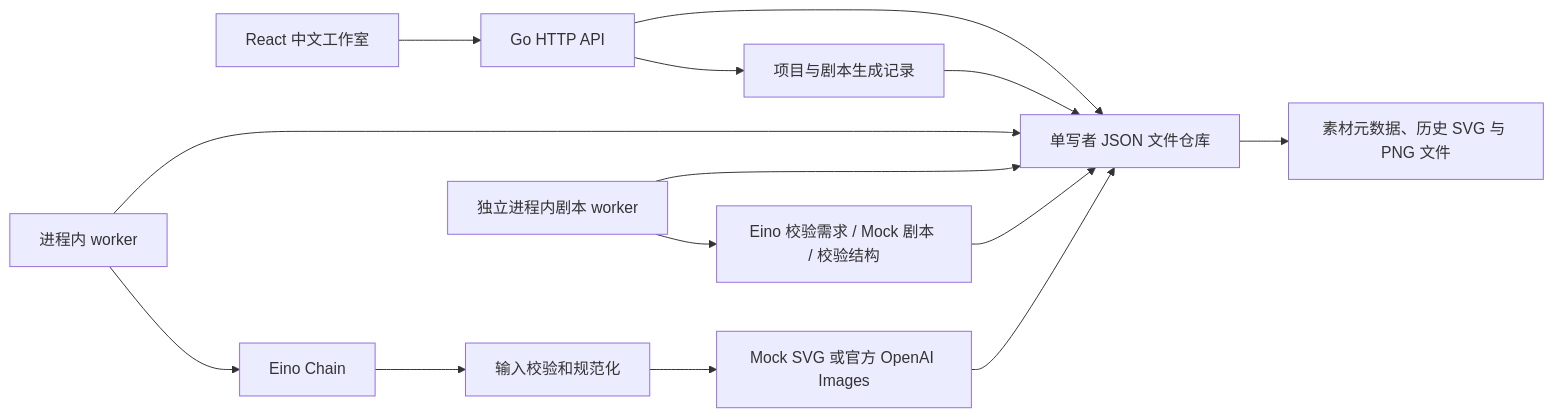
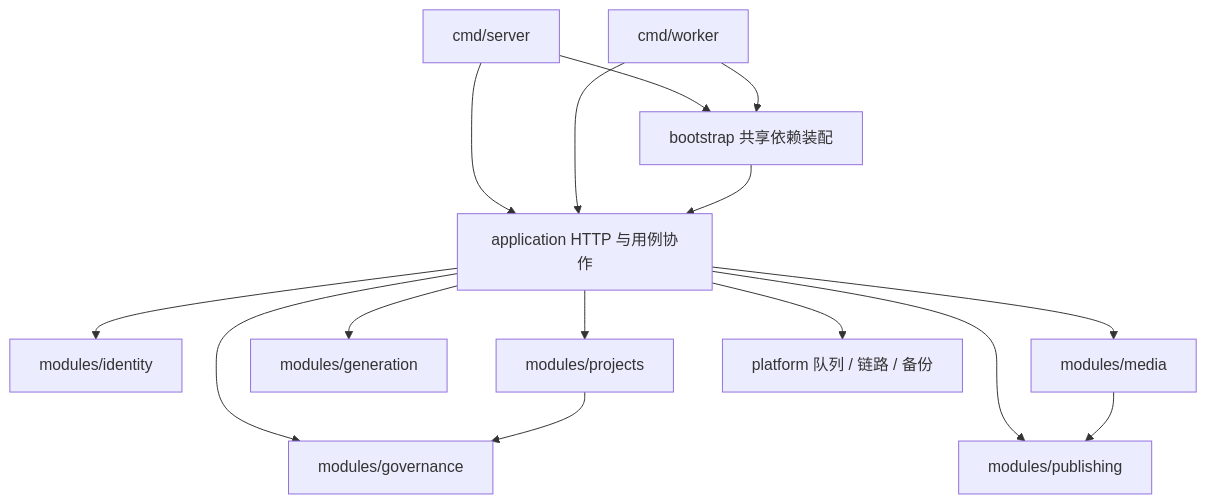
One commit to adcwb/ai-creative-studio changed the diagram in docs/architecture.md. Above: the diagram before and after it, drawn with Mermaid. The commit also changed other lines of this file and 457 other files, not shown here.

````diff
--- a/docs/architecture.md
+++ b/docs/architecture.md
@@ -7,16 +9,17 @@
 ```mermaid
-flowchart LR
-  UI[React 中文工作室] --> API[Go HTTP API]
-  API --> Store[单写者 JSON 文件仓库]
-  Worker[进程内 worker] --> Store
-  Worker --> Eino[Eino Chain]
-  Eino --> Normalize[输入校验和规范化]
-  Normalize --> Provider[Mock SVG 或官方 OpenAI Images]
-  Provider --> Store
-  Store --> Assets[素材元数据、历史 SVG 与 PNG 文件]
-  API --> Projects[项目与剧本生成记录]
-  Projects --> Store
-  ScriptWorker[独立进程内剧本 worker] --> Store
-  ScriptWorker --> ScriptChain[Eino 校验需求 / Mock 剧本 / 校验结构]
-  ScriptChain --> Store
+flowchart TD
+  API[cmd/server] --> Bootstrap[bootstrap 共享依赖装配]
+  Worker[cmd/worker] --> Bootstrap
+  API --> App[application HTTP 与用例协作]
+  Worker --> App
+  Bootstrap --> App
+  App --> Identity[modules/identity]
+  App --> Projects[modules/projects]
+  App --> Generation[modules/generation]
+  App --> Media[modules/media]
+  App --> Publishing[modules/publishing]
+  App --> Governance[modules/governance]
+  Projects --> Governance
+  Media --> Publishing
+  App --> Platform[platform 队列 / 链路 / 备份]
 ```
````
